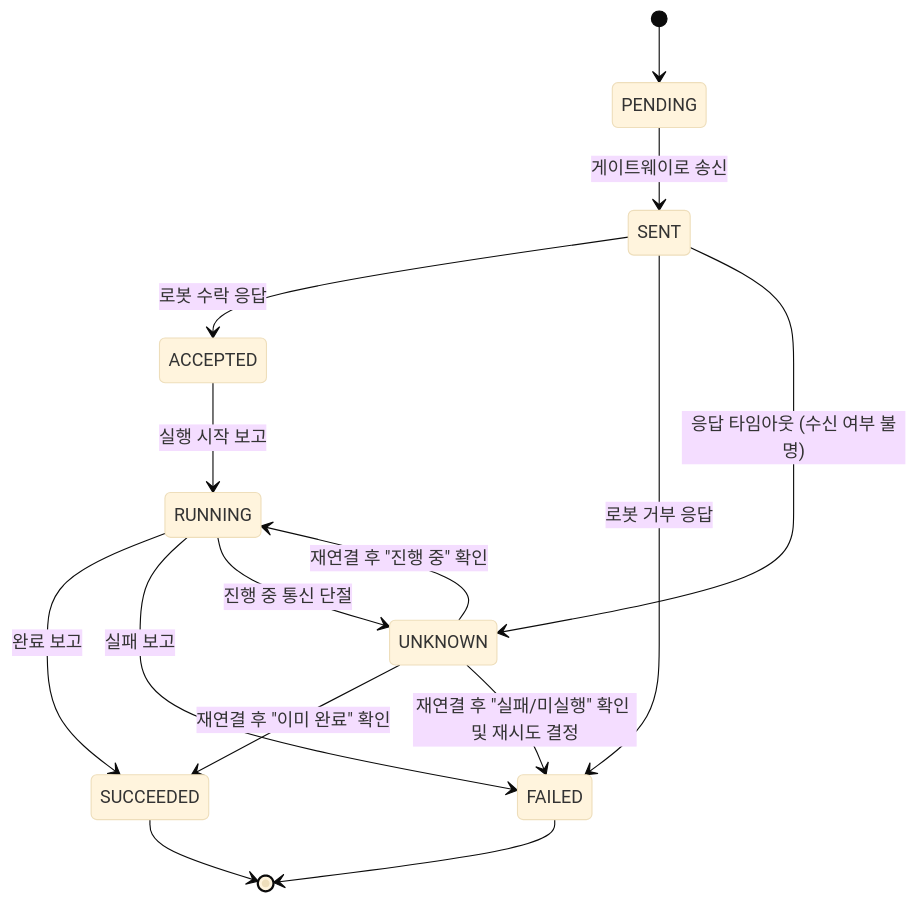
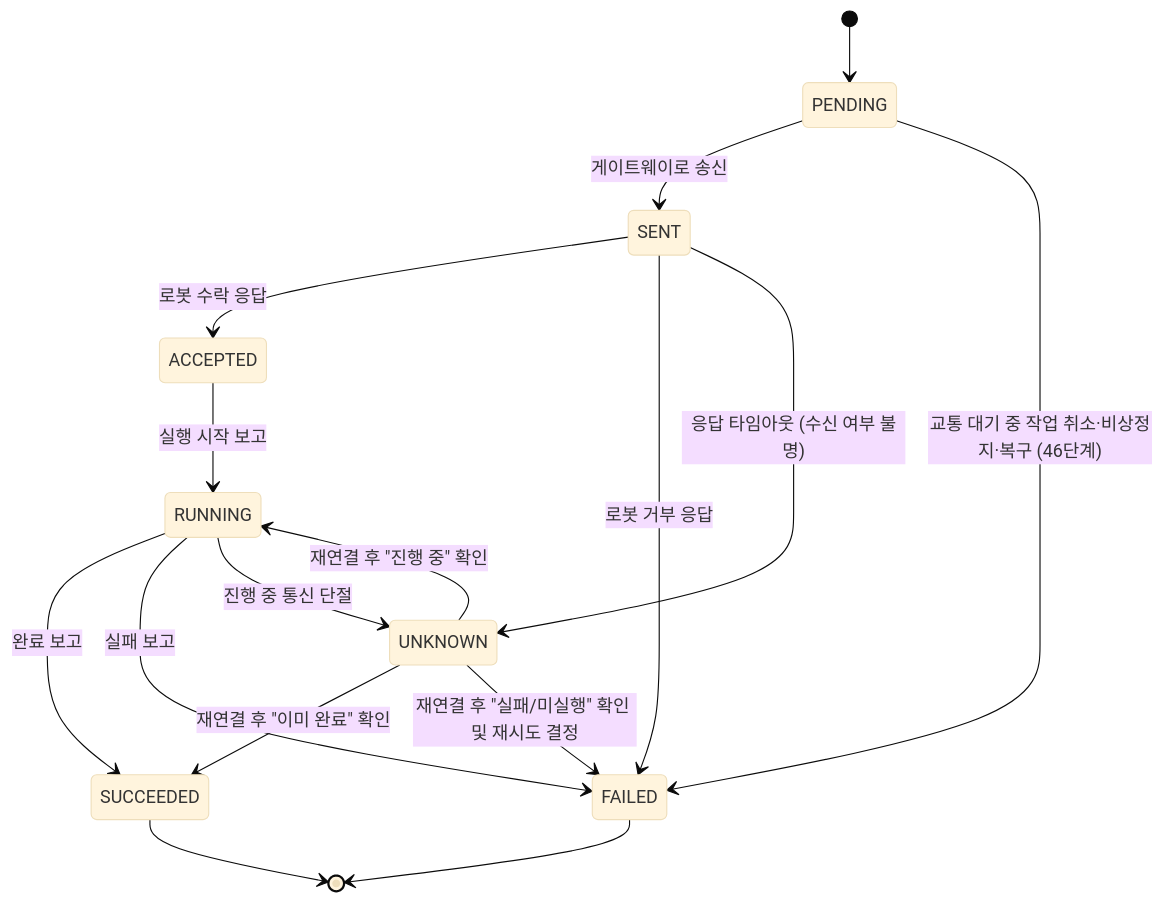
Before and after one commit to OdinAhn/AMRProject: the third of 16 diagrams in docs/STATE_MACHINES.md, drawn with Mermaid (base theme). The commit also changed other lines of this file and 27 other files, not shown here.

````diff
--- a/docs/STATE_MACHINES.md
+++ b/docs/STATE_MACHINES.md
@@ -92,17 +92,18 @@
 ```mermaid
 stateDiagram-v2
     [*] --> PENDING
     PENDING --> SENT : 게이트웨이로 송신
+    PENDING --> FAILED : 교통 대기 중 작업 취소·비상정지·복구 (46단계)
     SENT --> ACCEPTED : 로봇 수락 응답
     SENT --> FAILED : 로봇 거부 응답
     SENT --> UNKNOWN : 응답 타임아웃 (수신 여부 불명)
     ACCEPTED --> RUNNING : 실행 시작 보고
     RUNNING --> SUCCEEDED : 완료 보고
     RUNNING --> FAILED : 실패 보고
     RUNNING --> UNKNOWN : 진행 중 통신 단절
     UNKNOWN --> RUNNING : 재연결 후 "진행 중" 확인
     UNKNOWN --> SUCCEEDED : 재연결 후 "이미 완료" 확인
     UNKNOWN --> FAILED : 재연결 후 "실패/미실행" 확인 및 재시도 결정
     SUCCEEDED --> [*]
     FAILED --> [*]
 ```
````
